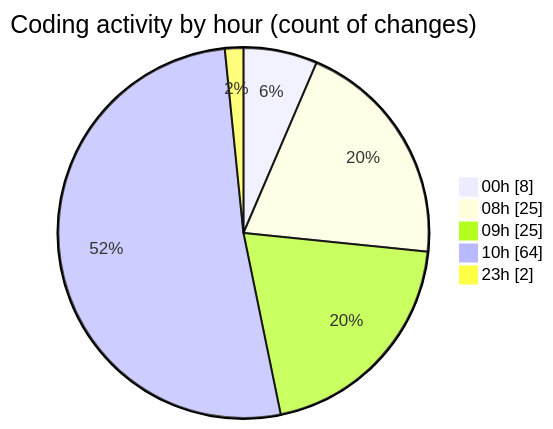
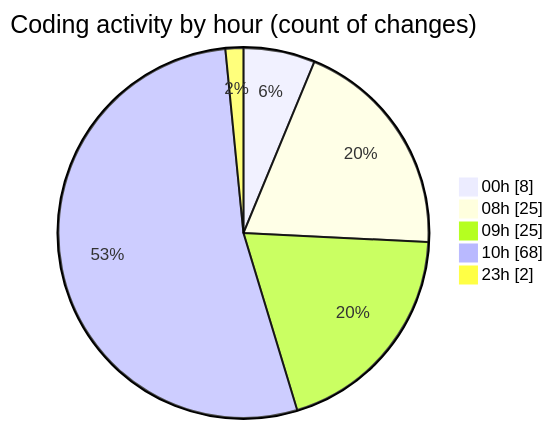
Before and after one commit to EIIisD/code-tracking: the second of 2 diagrams in 2025-08-13/ribbon/README.md, drawn with Mermaid. The commit also changed other lines of this file and 1 other file, not shown here.

````diff
--- a/2025-08-13/ribbon/README.md
+++ b/2025-08-13/ribbon/README.md
@@ -38,9 +38,9 @@
 ```mermaid
 pie showData
 title Coding activity by hour (count of changes)
 "00h" : 8
 "08h" : 25
 "09h" : 25
-"10h" : 64
+"10h" : 68
 "23h" : 2
 ```
````
